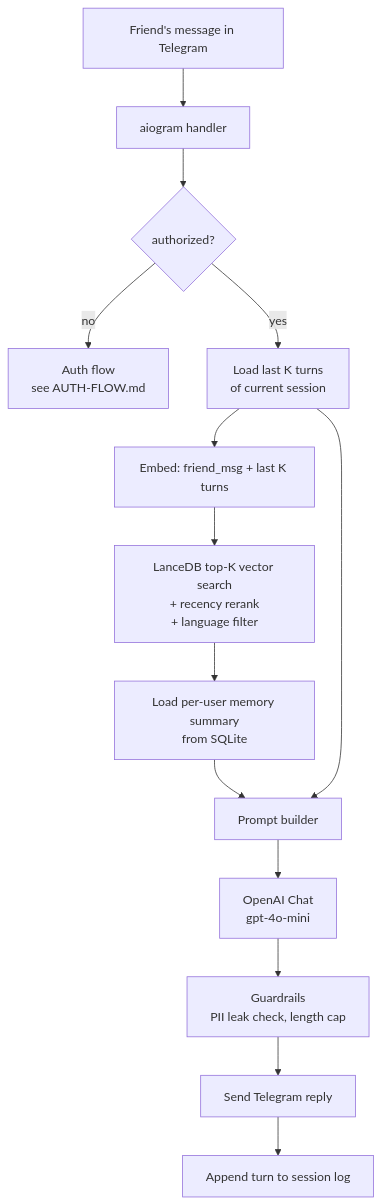
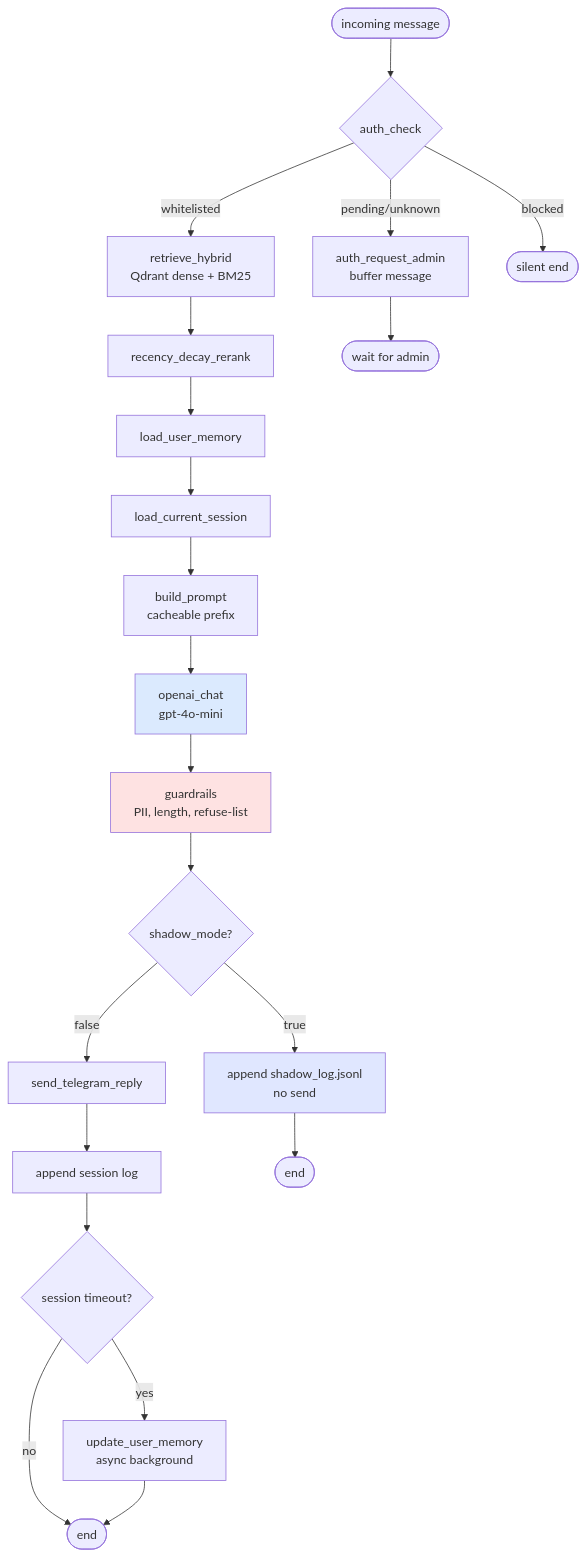
Before and after one commit to BohdanChuprynka/Persona-RAG: the third of 4 diagrams in docs/ARCHITECTURE.md, drawn with Mermaid. The commit also changed other lines of this file and 15 other files, not shown here.

````diff
--- a/docs/ARCHITECTURE.md
+++ b/docs/ARCHITECTURE.md
@@ -95,16 +102,29 @@
 ```mermaid
 flowchart TD
-    A[Friend's message in Telegram] --> B[aiogram handler]
-    B --> C{authorized?}
-    C -->|no| D[Auth flow<br/>see AUTH-FLOW.md]
-    C -->|yes| E[Load last K turns<br/>of current session]
-    E --> F[Embed: friend_msg + last K turns]
-    F --> G[LanceDB top-K vector search<br/>+ recency rerank<br/>+ language filter]
-    G --> H[Load per-user memory summary<br/>from SQLite]
-    H --> I[Prompt builder]
-    E --> I
-    I --> J[OpenAI Chat<br/>gpt-4o-mini]
-    J --> K[Guardrails<br/>PII leak check, length cap]
-    K --> L[Send Telegram reply]
-    L --> M[Append turn to session log]
+    Start([incoming message]) --> AuthCheck{auth_check}
+    AuthCheck -- whitelisted --> Retrieve[retrieve_hybrid<br/>Qdrant dense + BM25]
+    AuthCheck -- pending/unknown --> AuthRequest[auth_request_admin<br/>buffer message]
+    AuthCheck -- blocked --> End1([silent end])
+
+    Retrieve --> Rerank[recency_decay_rerank]
+    Rerank --> LoadMem[load_user_memory]
+    LoadMem --> LoadSession[load_current_session]
+    LoadSession --> BuildPrompt[build_prompt<br/>cacheable prefix]
+    BuildPrompt --> Generate[openai_chat<br/>gpt-4o-mini]
+    Generate --> Guard[guardrails<br/>PII, length, refuse-list]
+    Guard --> ShadowFork{shadow_mode?}
+    ShadowFork -- true --> ShadowLog[append shadow_log.jsonl<br/>no send]
+    ShadowFork -- false --> Send[send_telegram_reply]
+    Send --> AppendTurn[append session log]
+    ShadowLog --> End2([end])
+    AppendTurn --> CheckTimeout{session timeout?}
+    CheckTimeout -- yes --> UpdateMem[update_user_memory<br/>async background]
+    CheckTimeout -- no --> End3([end])
+    UpdateMem --> End3
+
+    AuthRequest --> End4([wait for admin])
+
+    style Generate fill:#dbeafe
+    style Guard fill:#fee2e2
+    style ShadowLog fill:#e0e7ff
 ```
````
